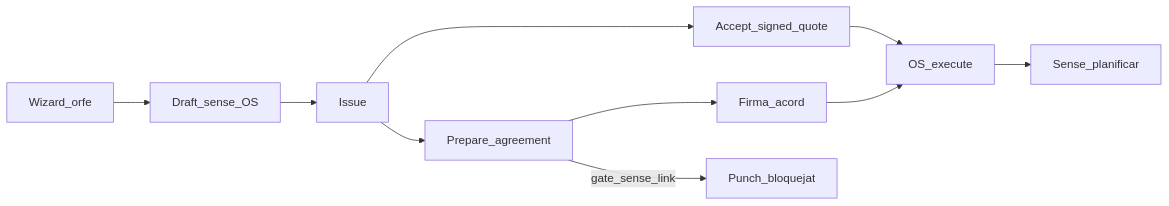
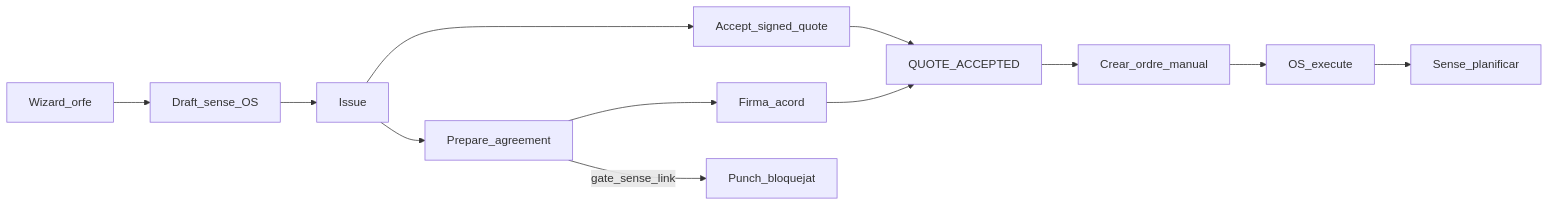
One commit to jordidevops/pimed-app changed the diagram in docs/plans/commercial-flow/cf24-v2-orphan-uat.md. Above: the diagram before and after it, drawn with Mermaid. The commit also changed other lines of this file and 25 other files, not shown here.

````diff
--- a/docs/plans/commercial-flow/cf24-v2-orphan-uat.md
+++ b/docs/plans/commercial-flow/cf24-v2-orphan-uat.md
@@ -23,12 +23,14 @@
 ```mermaid
 flowchart LR
   Wizard[Wizard_orfe] --> Draft[Draft_sense_OS]
   Draft --> Issue[Issue]
   Issue --> AcceptSQ[Accept_signed_quote]
   Issue --> Prep[Prepare_agreement]
   Prep --> Sign[Firma_acord]
-  AcceptSQ --> OS[OS_execute]
-  Sign --> OS
+  AcceptSQ --> Notify[QUOTE_ACCEPTED]
+  Sign --> Notify
+  Notify --> Create[Crear_ordre_manual]
+  Create --> OS[OS_execute]
   OS --> Agenda[Sense_planificar]
   Prep -->|gate_sense_link| BlockPunch[Punch_bloquejat]
 ```
````
